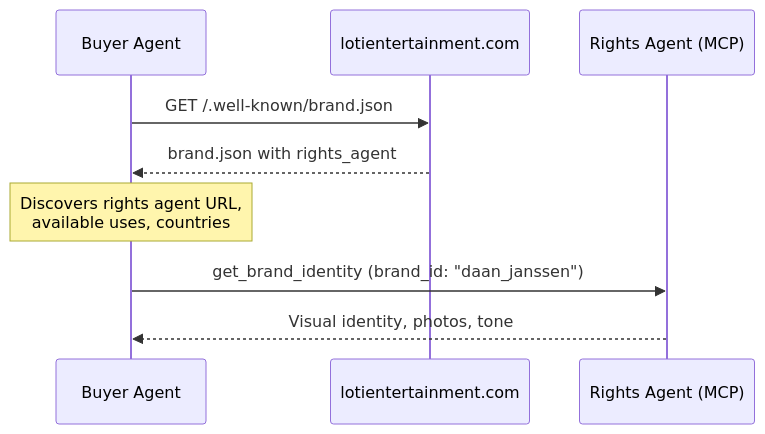
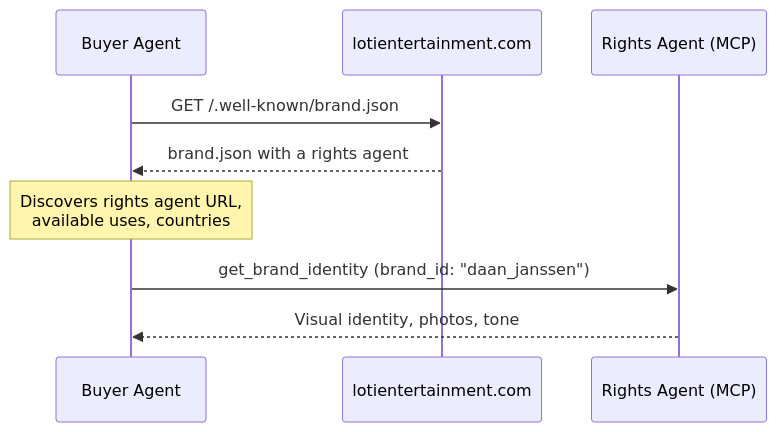
The first of 4 diagrams in docs/brand-protocol/walkthrough-rights-licensing.mdx (adcontextprotocol/adcp), drawn with Mermaid before and after one commit. The commit also changed other lines of this file and 17 other files, not shown here.

````diff
--- a/docs/brand-protocol/walkthrough-rights-licensing.mdx
+++ b/docs/brand-protocol/walkthrough-rights-licensing.mdx
@@ -83,12 +86,12 @@
 ```mermaid
 sequenceDiagram
     participant Buyer as Buyer Agent
     participant Domain as lotientertainment.com
     participant Rights as Rights Agent (MCP)
 
     Buyer->>Domain: GET /.well-known/brand.json
-    Domain-->>Buyer: brand.json with rights_agent
+    Domain-->>Buyer: brand.json with a rights agent
     Note over Buyer: Discovers rights agent URL,<br/>available uses, countries
     Buyer->>Rights: get_brand_identity (brand_id: "daan_janssen")
     Rights-->>Buyer: Visual identity, photos, tone
 ```
````
